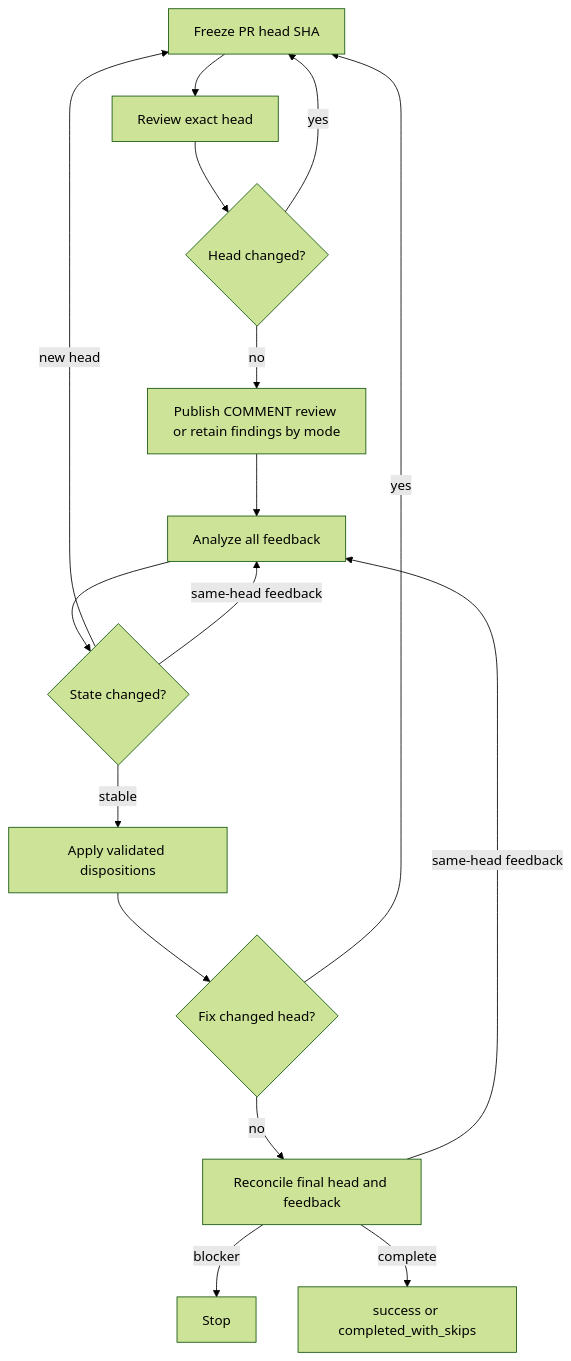
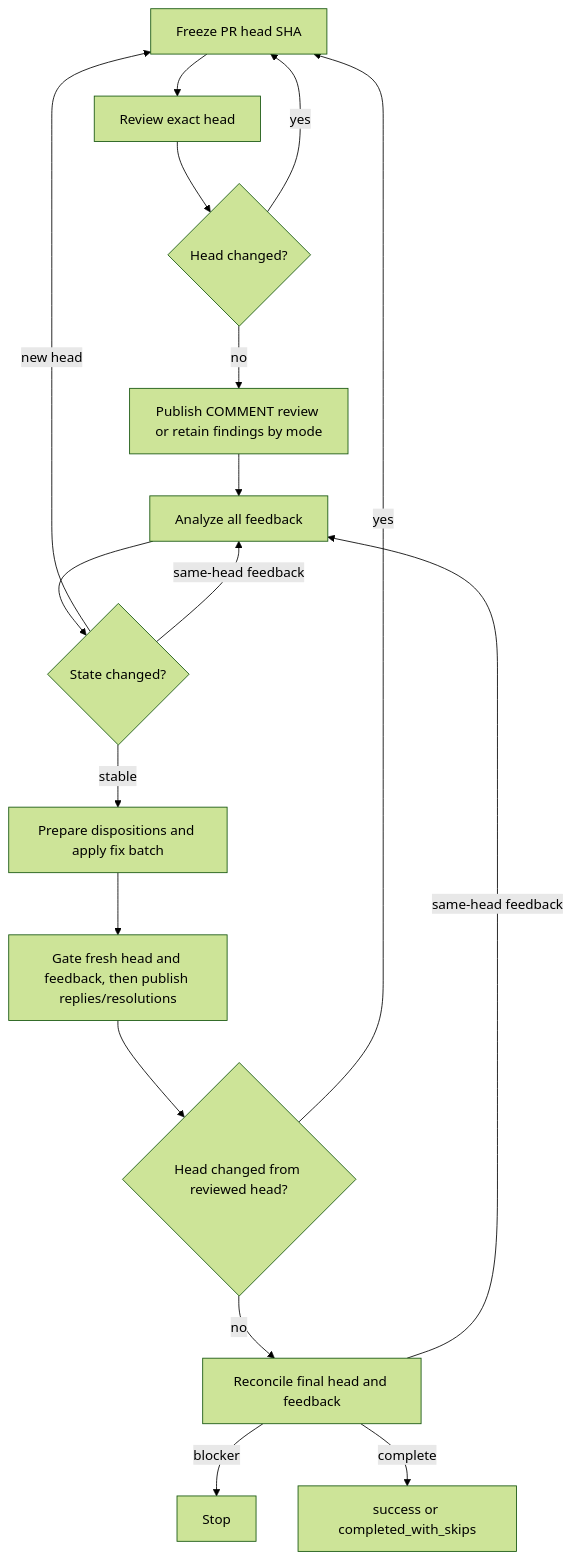
One commit to dceoy/ai-coding-agent-skills changed the diagram in skills/pr-loop/SKILL.md. Above: the diagram before and after it, drawn with Mermaid (forest theme). The commit also changed other lines of this file, not shown here.

Commit message:
fix: gate feedback mutations on fresh state

````diff
--- a/skills/pr-loop/SKILL.md
+++ b/skills/pr-loop/SKILL.md
@@ -159,18 +161,19 @@
 ```mermaid
 flowchart TD
   A[Freeze PR head SHA] --> B[Review exact head]
   B --> C{Head changed?}
   C -->|yes| A
   C -->|no| D[Publish COMMENT review or retain findings by mode]
   D --> E[Analyze all feedback]
   E --> F{State changed?}
   F -->|new head| A
   F -->|same-head feedback| E
-  F -->|stable| G[Apply validated dispositions]
-  G --> H{Fix changed head?}
-  H -->|yes| A
-  H -->|no| I[Reconcile final head and feedback]
-  I -->|same-head feedback| E
-  I -->|blocker| J[Stop]
-  I -->|complete| K[success or completed_with_skips]
+  F -->|stable| G[Prepare dispositions and apply fix batch]
+  G --> H[Gate fresh head and feedback, then publish replies/resolutions]
+  H --> I{Head changed from reviewed head?}
+  I -->|yes| A
+  I -->|no| J[Reconcile final head and feedback]
+  J -->|same-head feedback| E
+  J -->|blocker| K[Stop]
+  J -->|complete| L[success or completed_with_skips]
 ```
````
